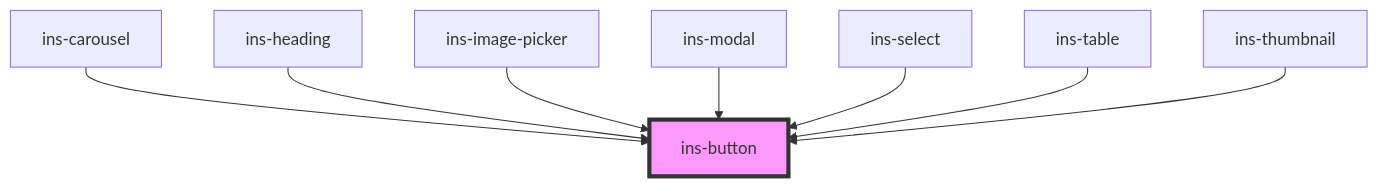
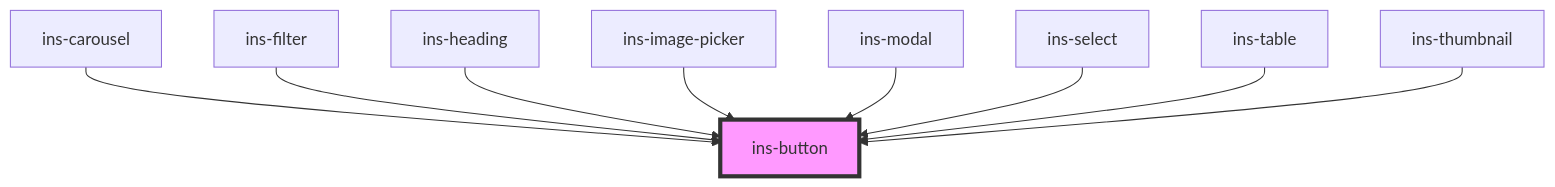
The diagram in components/src/components/ins-button/README.md (insites-io/insites-components-v2), drawn with Mermaid before and after one commit. The commit also changed other lines of this file and 108 other files, not shown here.

````diff
--- a/components/src/components/ins-button/README.md
+++ b/components/src/components/ins-button/README.md
@@ -51,11 +52,12 @@
 ```mermaid
 graph TD;
   ins-carousel --> ins-button
+  ins-filter --> ins-button
   ins-heading --> ins-button
   ins-image-picker --> ins-button
   ins-modal --> ins-button
   ins-select --> ins-button
   ins-table --> ins-button
   ins-thumbnail --> ins-button
   style ins-button fill:#f9f,stroke:#333,stroke-width:4px
 ```
````
